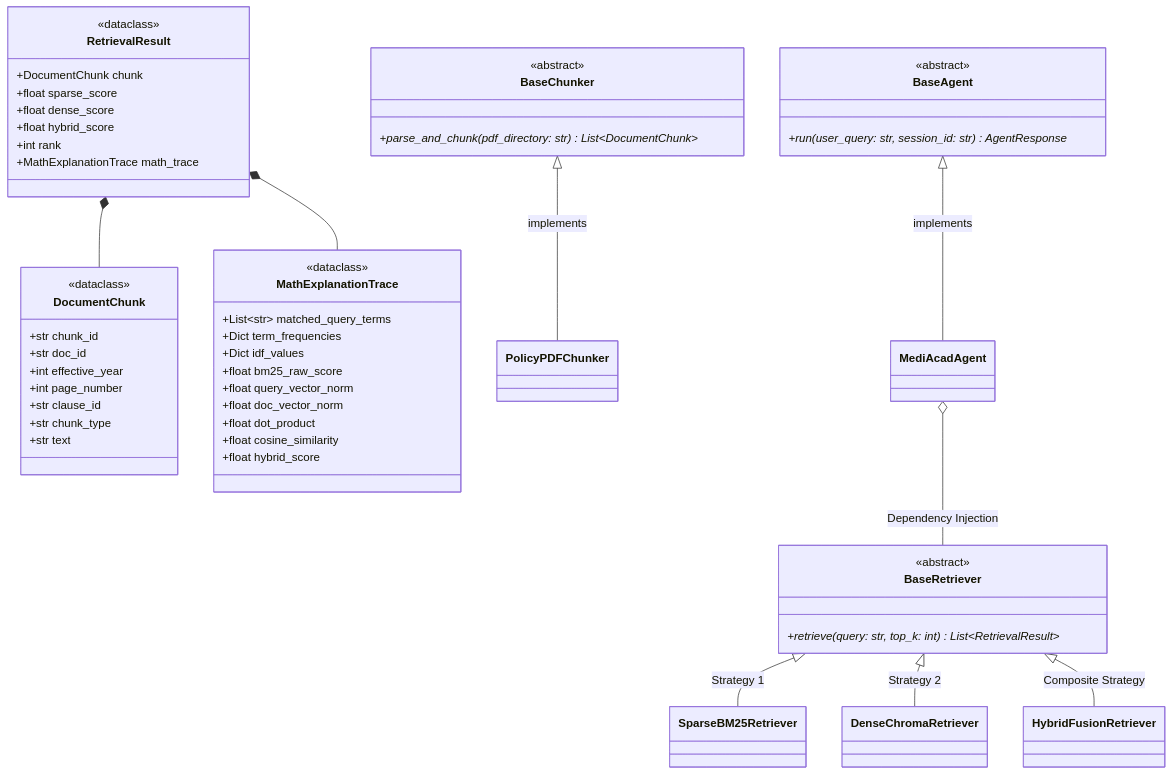
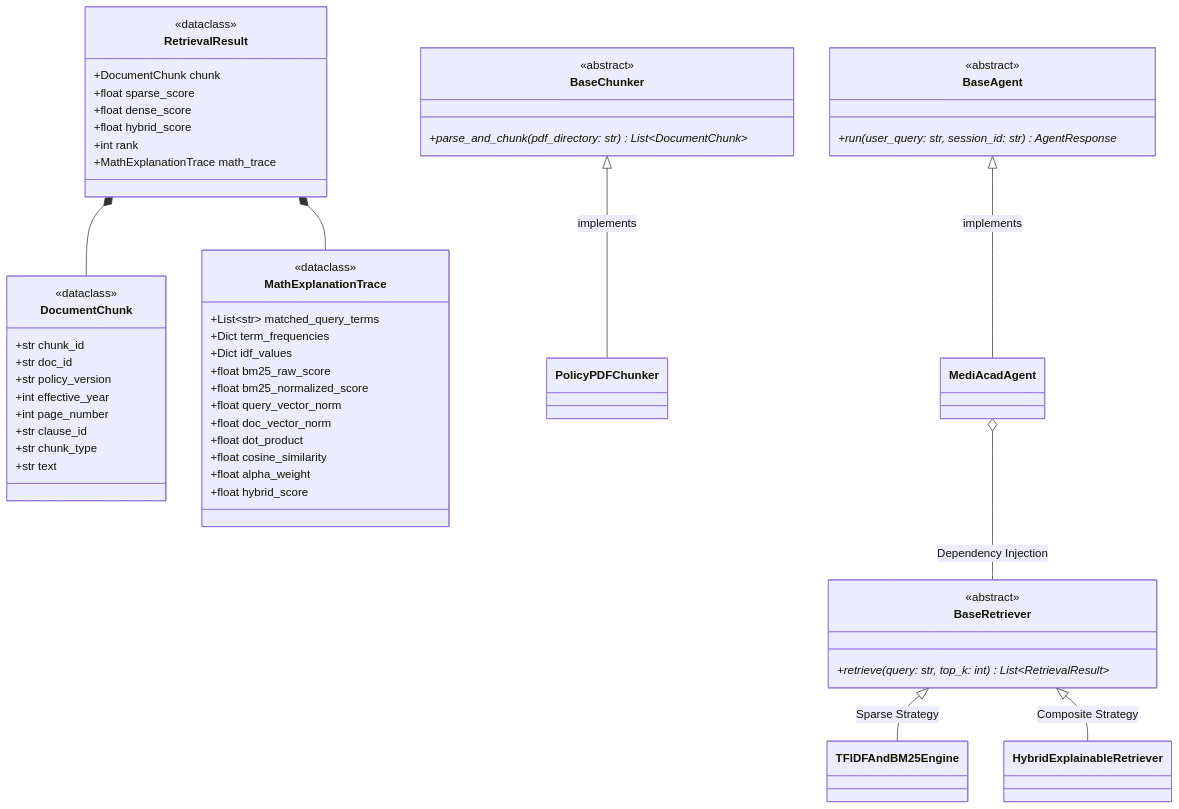
One commit to adeeshachathurmina-ux/MediAcad-Agentic-RAG changed the third of 3 diagrams in README.md. Above: the diagram before and after it, drawn with Mermaid. The commit also changed other lines of this file, not shown here.

````diff
--- a/README.md
+++ b/README.md
@@ -128,60 +145,62 @@
 ```mermaid
 classDiagram
     class DocumentChunk {
         <<dataclass>>
         +str chunk_id
         +str doc_id
+        +str policy_version
         +int effective_year
         +int page_number
         +str clause_id
         +str chunk_type
         +str text
     }
 
     class MathExplanationTrace {
         <<dataclass>>
         +List~str~ matched_query_terms
         +Dict term_frequencies
         +Dict idf_values
         +float bm25_raw_score
+        +float bm25_normalized_score
         +float query_vector_norm
         +float doc_vector_norm
         +float dot_product
         +float cosine_similarity
+        +float alpha_weight
         +float hybrid_score
     }
 
     class RetrievalResult {
         <<dataclass>>
         +DocumentChunk chunk
         +float sparse_score
         +float dense_score
         +float hybrid_score
         +int rank
         +MathExplanationTrace math_trace
     }
 
     class BaseChunker {
         <<abstract>>
         +parse_and_chunk(pdf_directory: str)* List~DocumentChunk~
     }
 
     class BaseRetriever {
         <<abstract>>
         +retrieve(query: str, top_k: int)* List~RetrievalResult~
     }
 
     class BaseAgent {
         <<abstract>>
         +run(user_query: str, session_id: str)* AgentResponse
     }
 
     BaseChunker <|-- PolicyPDFChunker : implements
-    BaseRetriever <|-- SparseBM25Retriever : Strategy 1
-    BaseRetriever <|-- DenseChromaRetriever : Strategy 2
-    BaseRetriever <|-- HybridFusionRetriever : Composite Strategy
+    BaseRetriever <|-- TFIDFAndBM25Engine : Sparse Strategy
+    BaseRetriever <|-- HybridExplainableRetriever : Composite Strategy
     BaseAgent <|-- MediAcadAgent : implements
     RetrievalResult *-- DocumentChunk
     RetrievalResult *-- MathExplanationTrace
     MediAcadAgent o-- BaseRetriever : Dependency Injection
 ```
````
